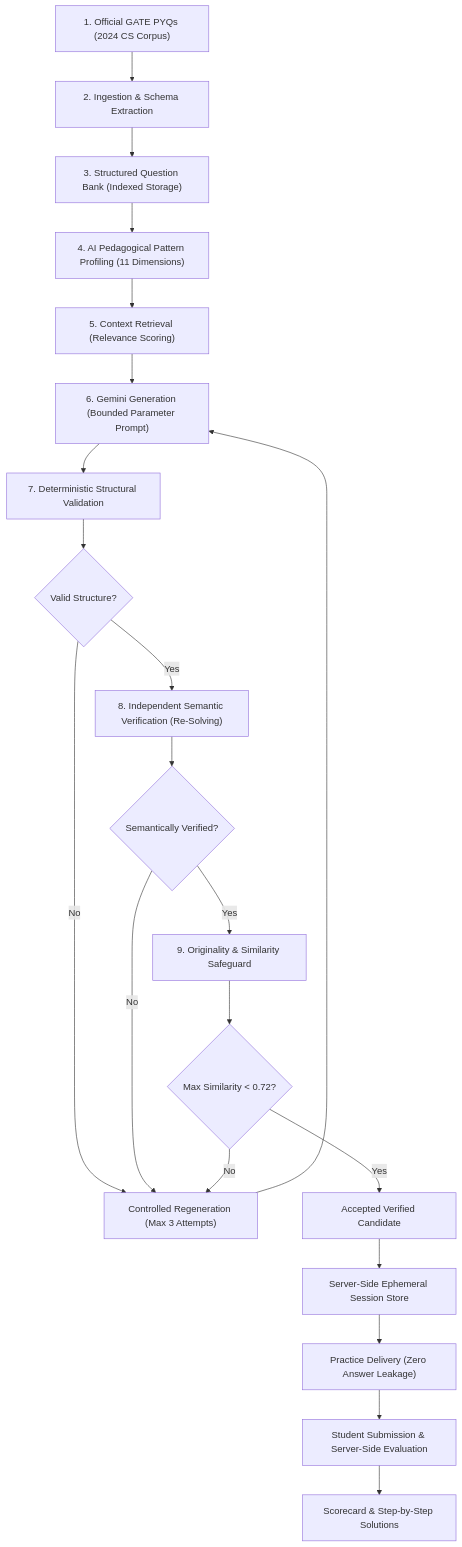
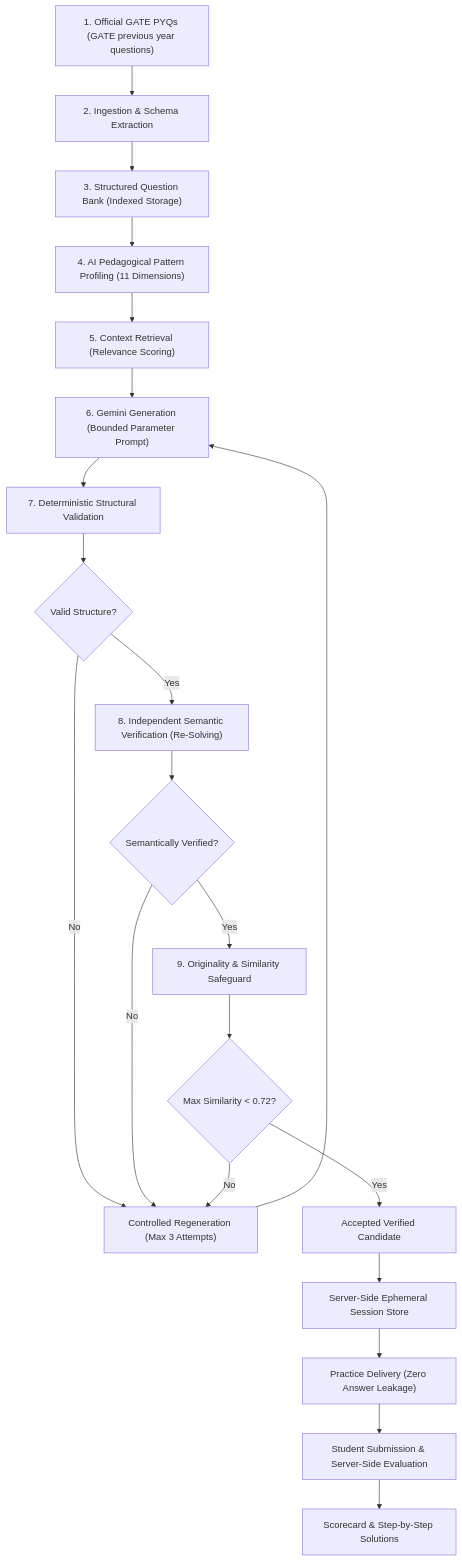
Before and after one commit to Abhishek022001/GateForge: the diagram in README.md, drawn with Mermaid. The commit also changed other lines of this file and 2 other files, not shown here.

Commit message:
readme-update2

````diff
--- a/README.md
+++ b/README.md
@@ -17,23 +17,23 @@
 ```mermaid
 flowchart TD
-    A["1. Official GATE PYQs (2024 CS Corpus)"] --> B["2. Ingestion & Schema Extraction"]
+    A["1. Official GATE PYQs (GATE previous year questions)"] --> B["2. Ingestion & Schema Extraction"]
     B --> C["3. Structured Question Bank (Indexed Storage)"]
     C --> D["4. AI Pedagogical Pattern Profiling (11 Dimensions)"]
     D --> E["5. Context Retrieval (Relevance Scoring)"]
     E --> F["6. Gemini Generation (Bounded Parameter Prompt)"]
     F --> G["7. Deterministic Structural Validation"]
     G --> H{"Valid Structure?"}
     H -- No --> R["Controlled Regeneration (Max 3 Attempts)"]
     H -- Yes --> I["8. Independent Semantic Verification (Re-Solving)"]
     I --> J{"Semantically Verified?"}
     J -- No --> R
     J -- Yes --> K["9. Originality & Similarity Safeguard"]
     K --> L{"Max Similarity < 0.72?"}
     L -- No --> R
     L -- Yes --> M["Accepted Verified Candidate"]
     R --> F
     M --> N["Server-Side Ephemeral Session Store"]
     N --> O["Practice Delivery (Zero Answer Leakage)"]
     O --> P["Student Submission & Server-Side Evaluation"]
     P --> Q["Scorecard & Step-by-Step Solutions"]
 ```
````
